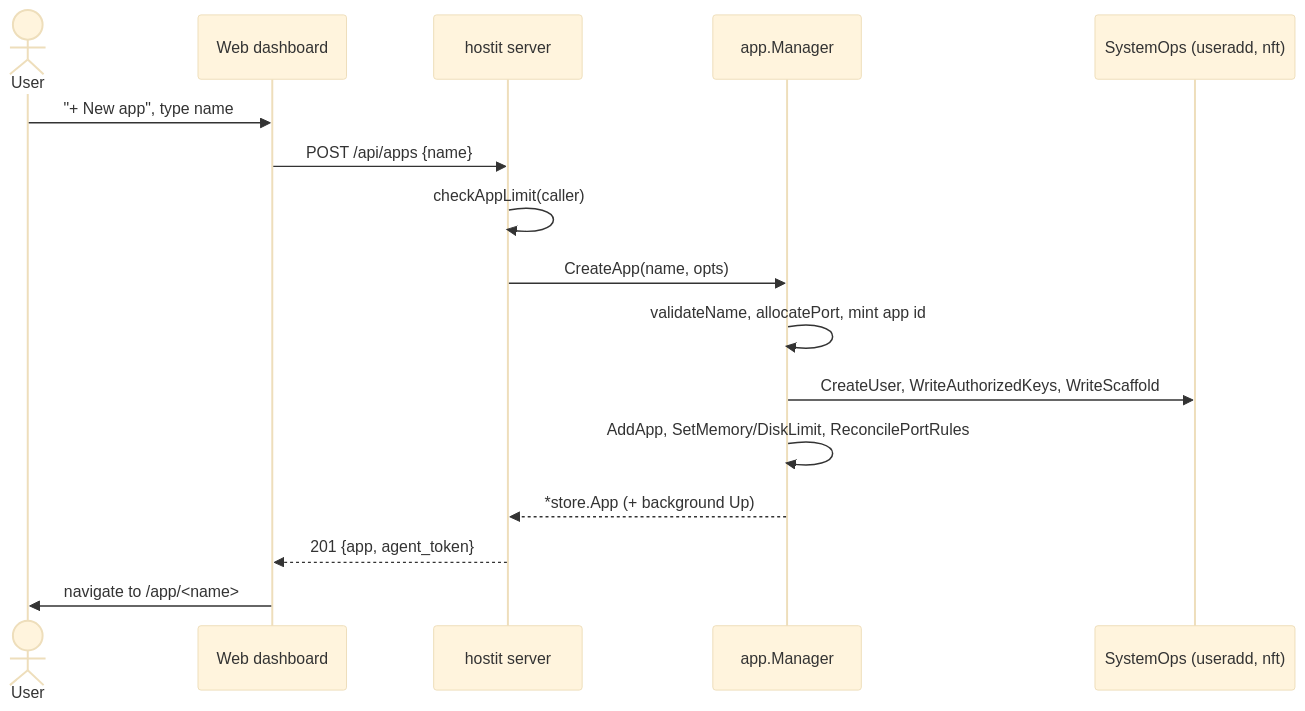
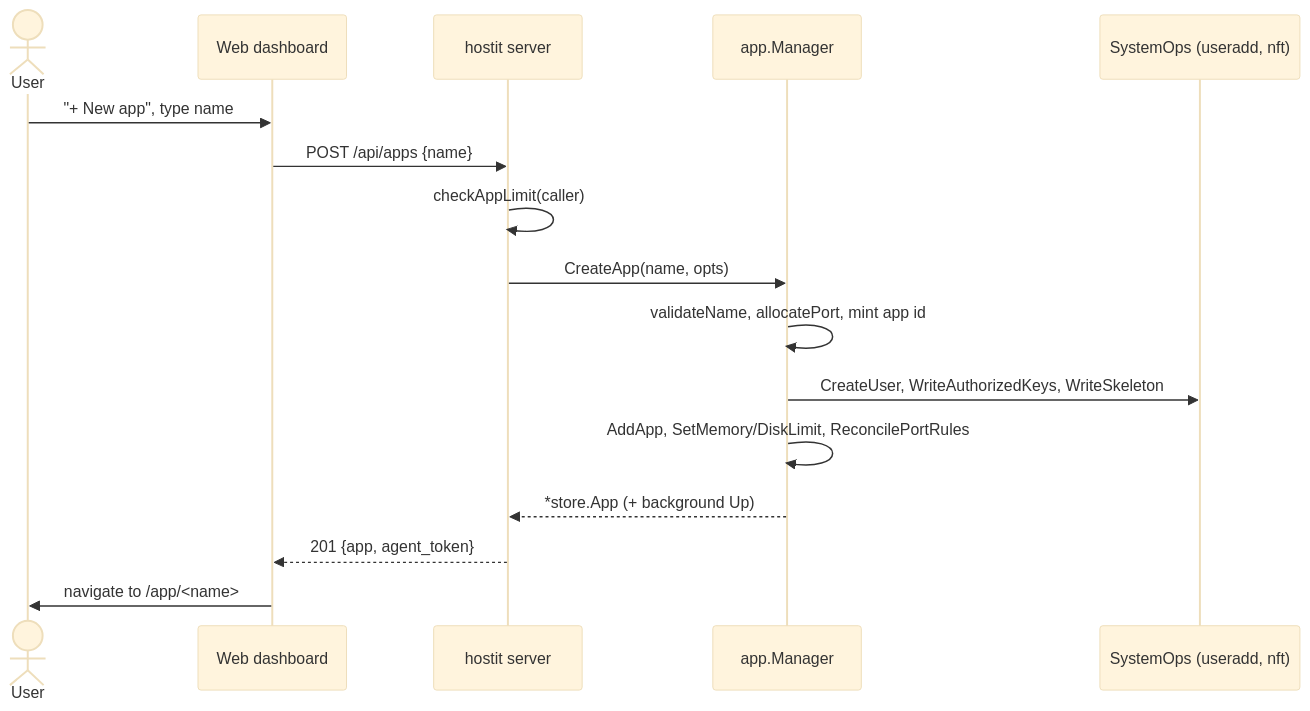
Before and after one commit to binwiederhier/hostit: the diagram in docs/internal/features/apps-lifecycle.md, drawn with Mermaid (base theme). The commit also changed other lines of this file and 26 other files, not shown here.

Commit message:
Rename scaffold -> skeleton throughout (files, identifiers, WriteSkeleton, docs)

````diff
--- a/docs/internal/features/apps-lifecycle.md
+++ b/docs/internal/features/apps-lifecycle.md
@@ -42,18 +42,18 @@
 ```mermaid
 sequenceDiagram
     actor User
     participant Dashboard as Web dashboard
     participant Server as hostit server
     participant Manager as app.Manager
     participant OS as SystemOps (useradd, nft)
     User->>Dashboard: "+ New app", type name
     Dashboard->>Server: POST /api/apps {name}
     Server->>Server: checkAppLimit(caller)
     Server->>Manager: CreateApp(name, opts)
     Manager->>Manager: validateName, allocatePort, mint app id
-    Manager->>OS: CreateUser, WriteAuthorizedKeys, WriteScaffold
+    Manager->>OS: CreateUser, WriteAuthorizedKeys, WriteSkeleton
     Manager->>Manager: AddApp, SetMemory/DiskLimit, ReconcilePortRules
     Manager-->>Server: *store.App (+ background Up)
     Server-->>Dashboard: 201 {app, agent_token}
     Dashboard->>User: navigate to /app/<name>
 ```
````
